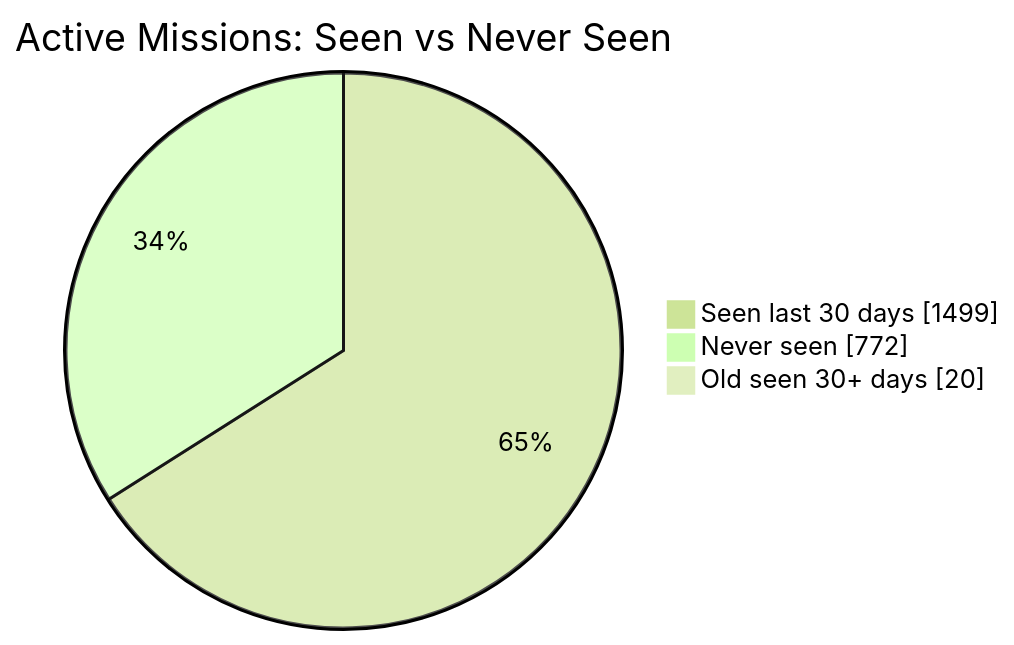
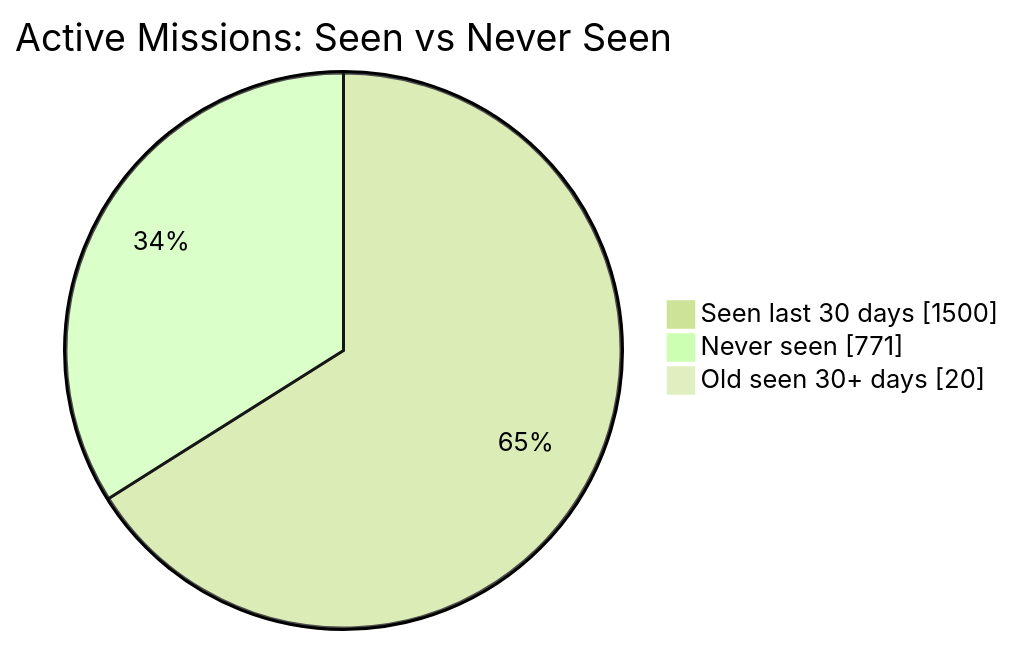
One commit to MeldkamerspelGameTeam/active-missions changed the first of 2 diagrams in README.md. Above: the diagram before and after it, drawn with Mermaid (forest theme). The commit also changed other lines of this file and 3 other files, not shown here.

````diff
--- a/README.md
+++ b/README.md
@@ -34,7 +34,7 @@
 ```mermaid
 pie showData
     title Active Missions: Seen vs Never Seen
-    "Seen last 30 days" : 1499
-    "Never seen" : 772
+    "Seen last 30 days" : 1500
+    "Never seen" : 771
     "Old seen 30+ days" : 20
 ```
````
